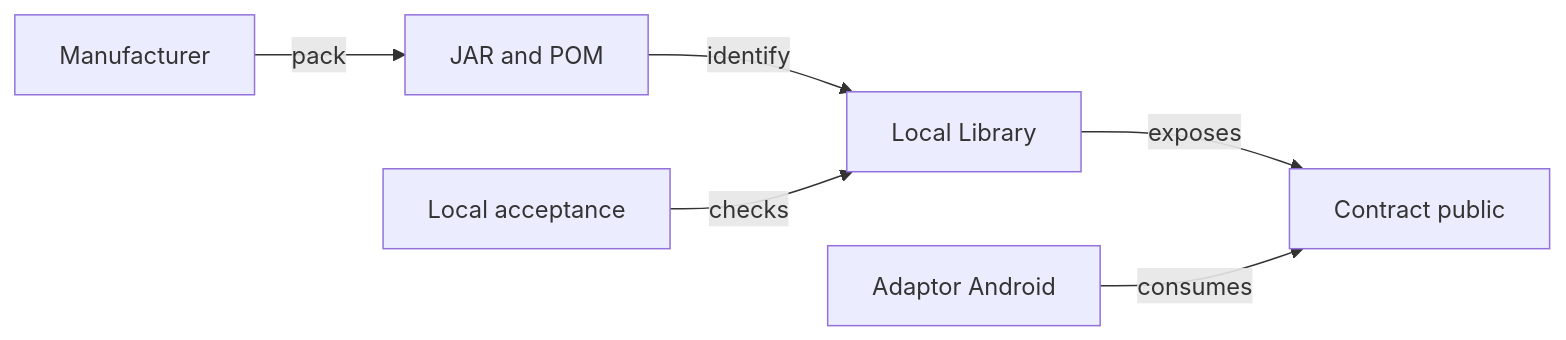
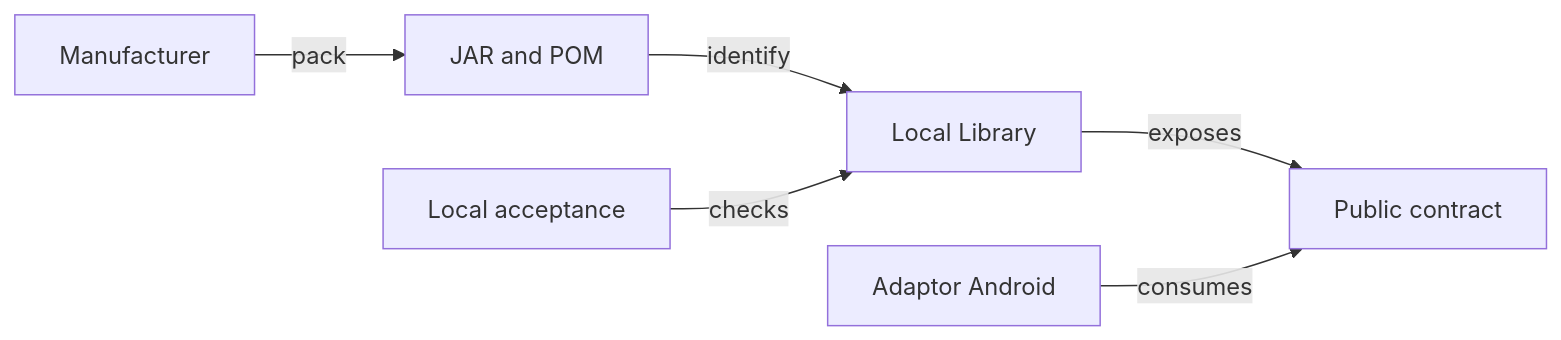
Before and after one commit to crististefanita/atf_j4: the diagram in docs/platform/README.md, drawn with Mermaid. The commit also changed other lines of this file and 84 other files, not shown here.

````diff
--- a/docs/platform/README.md
+++ b/docs/platform/README.md
@@ -16,8 +16,8 @@
 ```mermaid
 flowchart LR
     PRODUCER[Manufacturer] -->|pack| PAIR[JAR and POM]
     PAIR -->|identify| LIB[Local Library]
-    LIB -->|exposes| API[Contract public]
+    LIB -->|exposes| API[Public contract]
     ADAPTER[Adaptor Android] -->|consumes| API
     CHECK[Local acceptance] -->|checks| LIB
 ```
````
